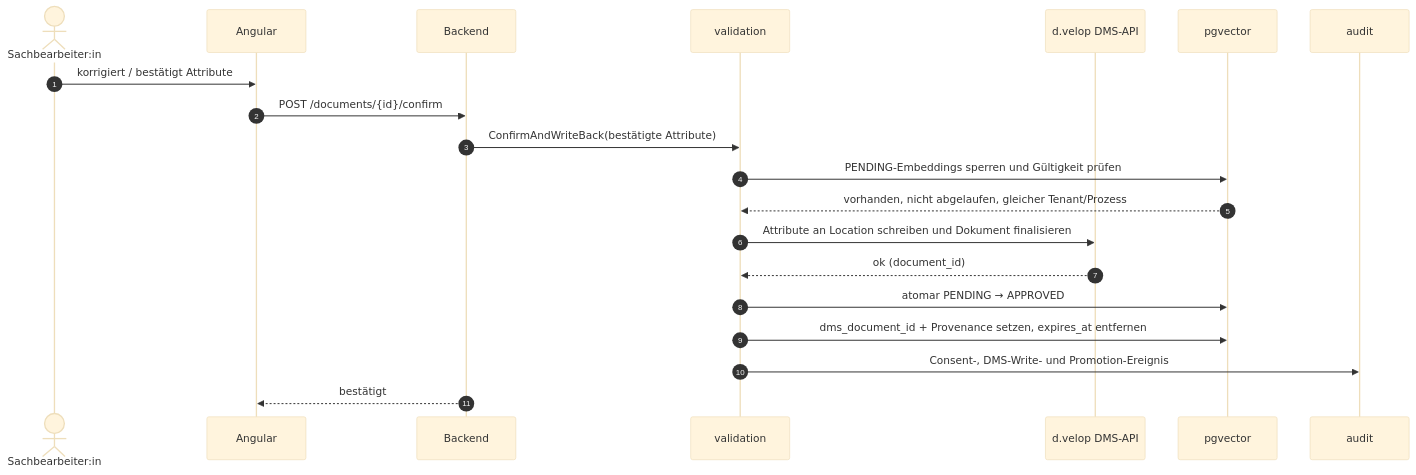
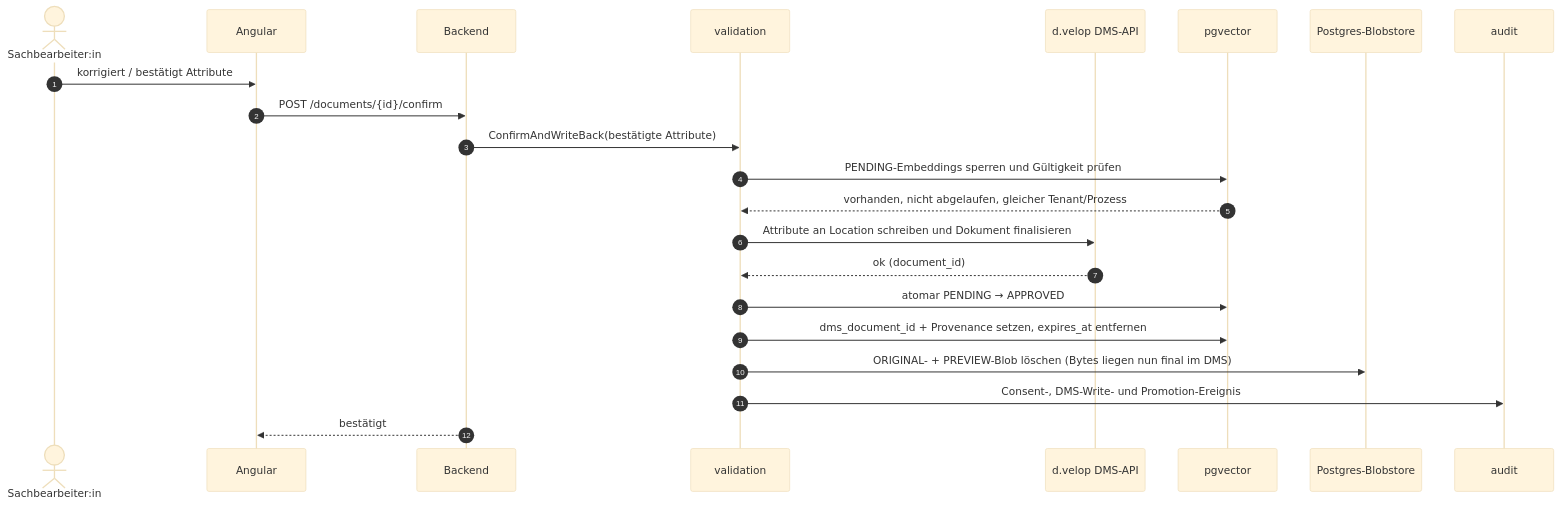
One commit to segjo/docextract changed the fourth of 7 diagrams in doc/ARCHITECTURE.md. Above: the diagram before and after it, drawn with Mermaid (base theme). The commit also changed other lines of this file and 66 other files, not shown here.

````diff
--- a/doc/ARCHITECTURE.md
+++ b/doc/ARCHITECTURE.md
@@ -339,23 +346,25 @@
 ```mermaid
 sequenceDiagram
     autonumber
     actor SB as Sachbearbeiter:in
     participant FE as Angular
     participant API as Backend
     participant VAL as validation
     participant DMS as d.velop DMS-API
     participant VDB as pgvector
+    participant BLB as Postgres-Blobstore
     participant AUD as audit
 
     SB->>FE: korrigiert / bestätigt Attribute
     FE->>API: POST /documents/{id}/confirm
     API->>VAL: ConfirmAndWriteBack(bestätigte Attribute)
     VAL->>VDB: PENDING-Embeddings sperren und Gültigkeit prüfen
     VDB-->>VAL: vorhanden, nicht abgelaufen, gleicher Tenant/Prozess
     VAL->>DMS: Attribute an Location schreiben und Dokument finalisieren
     DMS-->>VAL: ok (document_id)
     VAL->>VDB: atomar PENDING → APPROVED
     VAL->>VDB: dms_document_id + Provenance setzen, expires_at entfernen
+    VAL->>BLB: ORIGINAL- + PREVIEW-Blob löschen (Bytes liegen nun final im DMS)
     VAL->>AUD: Consent-, DMS-Write- und Promotion-Ereignis
     API-->>FE: bestätigt
 ```
````
